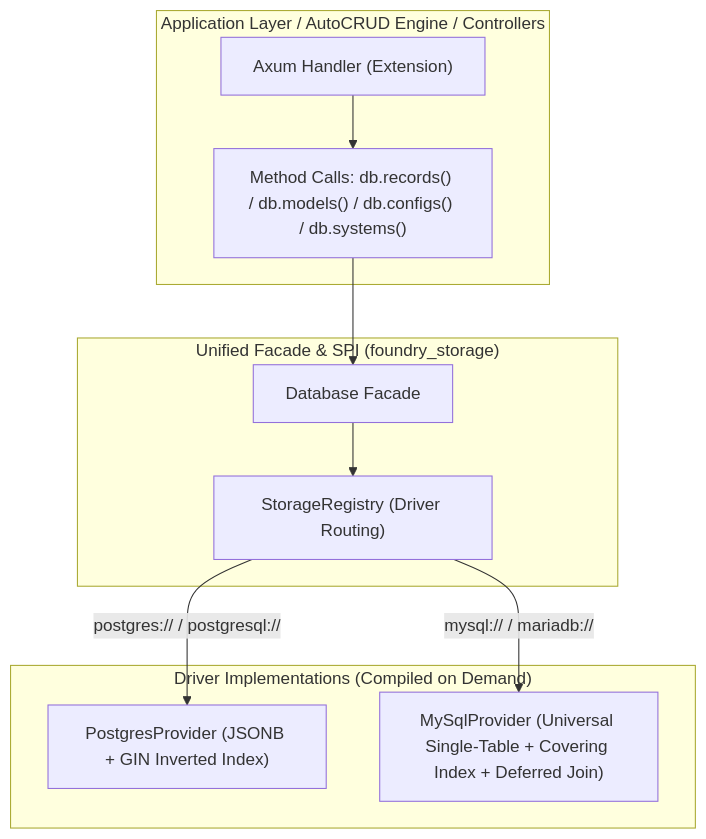
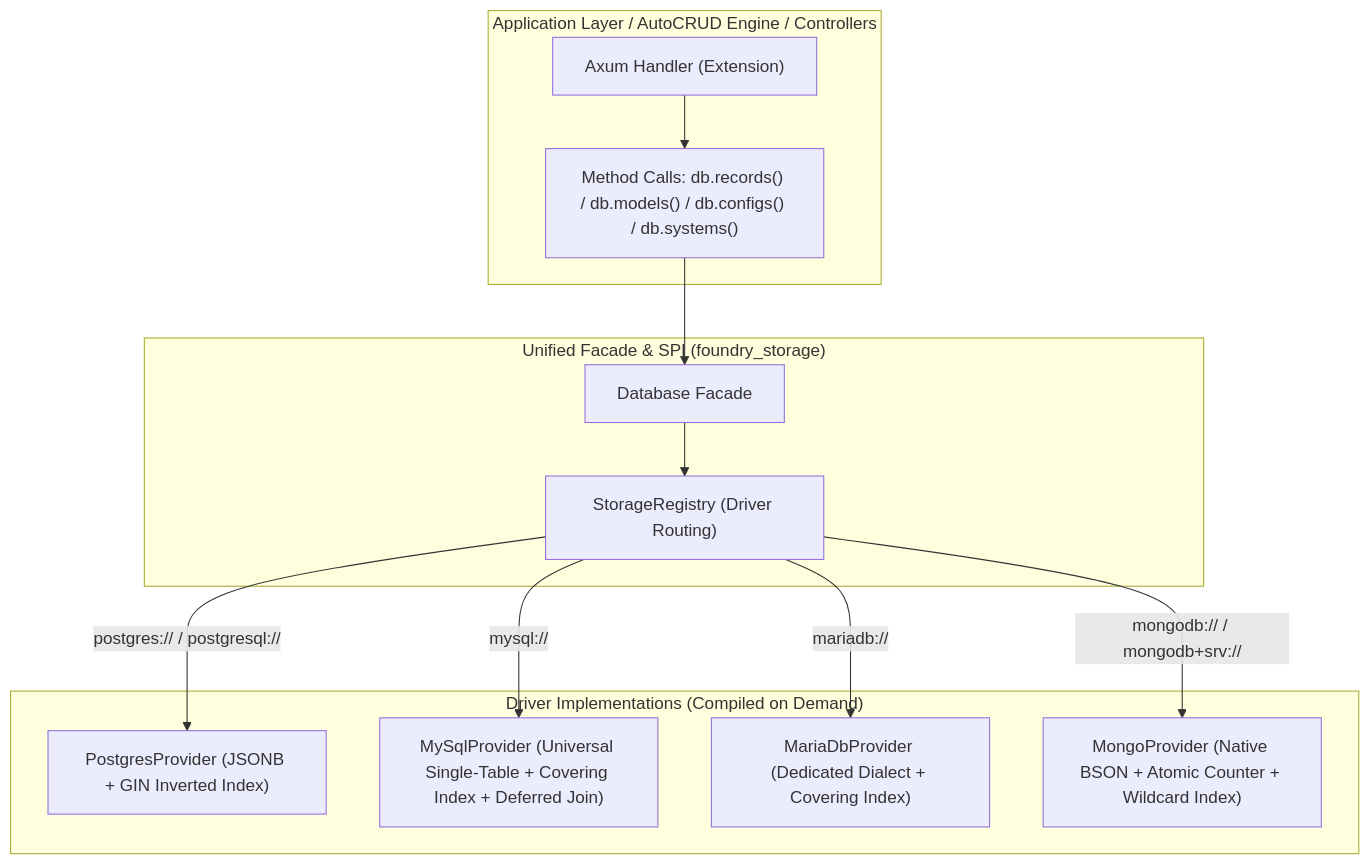
One commit to FoundKit/foundry changed the diagram in docs/src/content/docs/guides/database.md. Above: the diagram before and after it, drawn with Mermaid. The commit also changed other lines of this file and 35 other files, not shown here.

First line of the commit message:
feat(storage): 新增 MariaDB 与 MongoDB 存储引擎支持

````diff
--- a/docs/src/content/docs/guides/database.md
+++ b/docs/src/content/docs/guides/database.md
@@ -16,18 +22,20 @@
 ```mermaid
 flowchart TD
     subgraph AppLayer ["Application Layer / AutoCRUD Engine / Controllers"]
         Handler["Axum Handler (Extension<AppState>)"]
         Call["Method Calls: db.records() / db.models() / db.configs() / db.systems()"]
         Handler --> Call
     end
 
     subgraph FacadeLayer ["Unified Facade & SPI (foundry_storage)"]
         Call --> Facade["Database Facade"]
         Facade --> Registry["StorageRegistry (Driver Routing)"]
     end
 
     subgraph Engines ["Driver Implementations (Compiled on Demand)"]
         Registry -->|"postgres:// / postgresql://"| PgEngine["PostgresProvider (JSONB + GIN Inverted Index)"]
-        Registry -->|"mysql:// / mariadb://"| MySqlEngine["MySqlProvider (Universal Single-Table + Covering Index + Deferred Join)"]
+        Registry -->|"mysql://"| MySqlEngine["MySqlProvider (Universal Single-Table + Covering Index + Deferred Join)"]
+        Registry -->|"mariadb://"| MariaEngine["MariaDbProvider (Dedicated Dialect + Covering Index)"]
+        Registry -->|"mongodb:// / mongodb+srv://"| MongoEngine["MongoProvider (Native BSON + Atomic Counter + Wildcard Index)"]
     end
 ```
````
